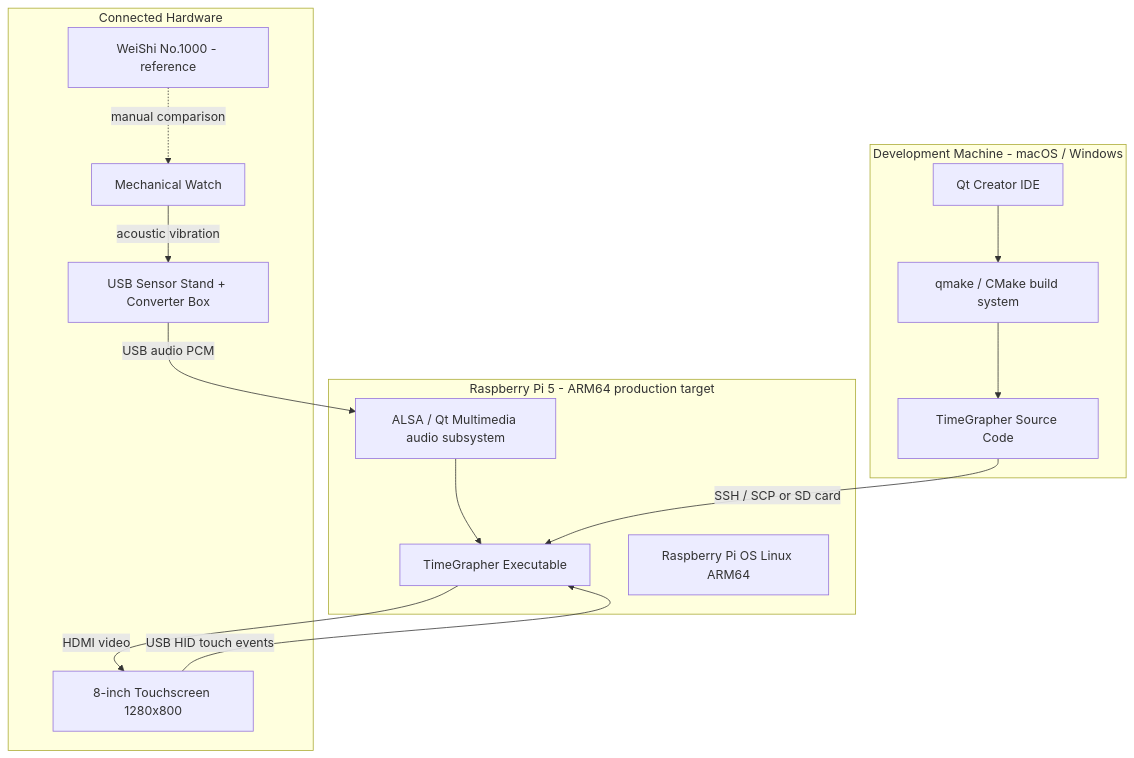
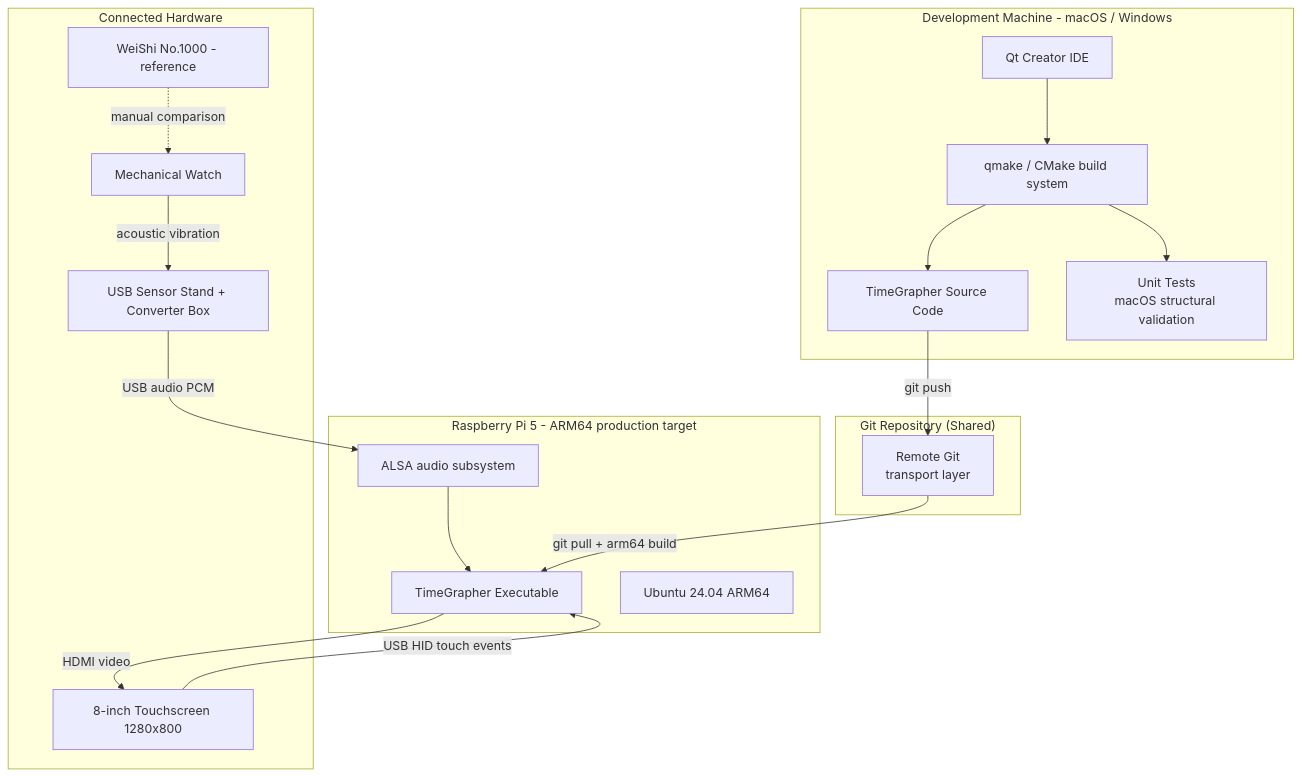
Before and after one commit to Ji-Min-Lee/2026-3-sw-architect-studio-project: the diagram in docs/milestone3/architecture/deployment-view.md, drawn with Mermaid. The commit also changed other lines of this file and 2 other files, not shown here.

First line of the commit message:
docs(m3): enrich architecture views with M2 final content

````diff
--- a/docs/milestone3/architecture/deployment-view.md
+++ b/docs/milestone3/architecture/deployment-view.md
@@ -5,33 +5,40 @@
 ```mermaid
 graph TD
     subgraph DevMachine["Development Machine - macOS / Windows"]
         QtCreator["Qt Creator IDE"]
         BuildSystem["qmake / CMake build system"]
         SourceCode["TimeGrapher Source Code"]
+        Tests["Unit Tests\nmacOS structural validation"]
+    end
+
+    subgraph GitRepo["Git Repository (Shared)"]
+        Repo["Remote Git\ntransport layer"]
     end
 
     subgraph RPi5["Raspberry Pi 5 - ARM64 production target"]
         TimeGrapherBin["TimeGrapher Executable"]
-        RPiOS["Raspberry Pi OS Linux ARM64"]
-        ALSA["ALSA / Qt Multimedia audio subsystem"]
+        RPiOS["Ubuntu 24.04 ARM64"]
+        ALSA["ALSA audio subsystem"]
     end
 
     subgraph Peripherals["Connected Hardware"]
         WatchMic["USB Sensor Stand + Converter Box"]
         Touchscreen["8-inch Touchscreen 1280x800"]
         Watch["Mechanical Watch"]
         RefDevice["WeiShi No.1000 - reference"]
     end
 
     QtCreator --> BuildSystem
     BuildSystem --> SourceCode
-    SourceCode -->|"SSH / SCP or SD card"| TimeGrapherBin
+    BuildSystem --> Tests
+    SourceCode -->|"git push"| Repo
+    Repo -->|"git pull + arm64 build"| TimeGrapherBin
 
     Watch -->|"acoustic vibration"| WatchMic
     WatchMic -->|"USB audio PCM"| ALSA
     ALSA --> TimeGrapherBin
     TimeGrapherBin -->|"HDMI video"| Touchscreen
     Touchscreen -->|"USB HID touch events"| TimeGrapherBin
 
     RefDevice -.->|"manual comparison"| Watch
 ```
````
